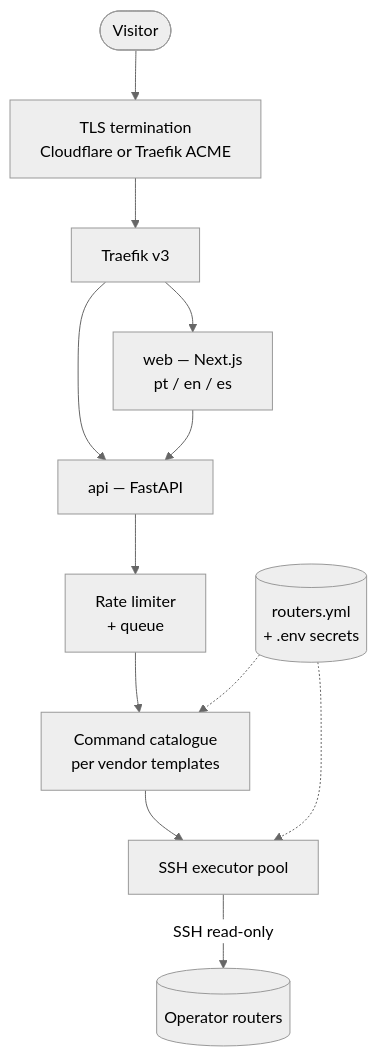
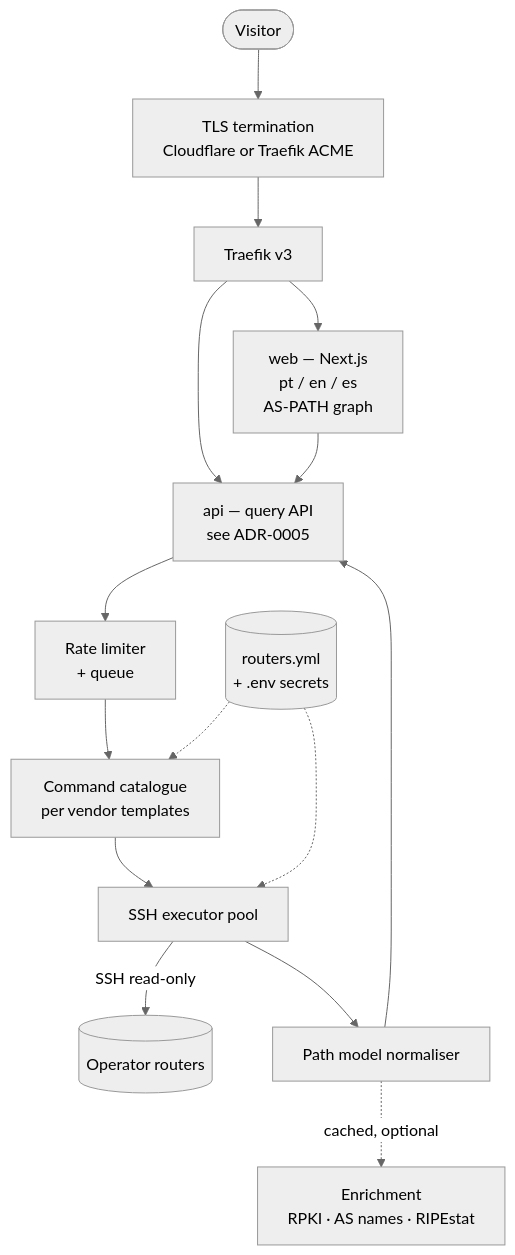
One commit to andrediashexa/NOGGlass changed the first of 2 diagrams in docs/architecture/overview.md. Above: the diagram before and after it, drawn with Mermaid (neutral theme). The commit also changed other lines of this file and 4 other files, not shown here.

First line of the commit message:
docs(adr): compare backend languages and record the BGP data model (#13)

````diff
--- a/docs/architecture/overview.md
+++ b/docs/architecture/overview.md
@@ -25,22 +28,26 @@
 ```mermaid
 flowchart TB
     visitor([Visitor])
     cf[TLS termination<br/>Cloudflare or Traefik ACME]
     traefik[Traefik v3]
-    web[web — Next.js<br/>pt / en / es]
-    api[api — FastAPI]
+    web[web — Next.js<br/>pt / en / es<br/>AS-PATH graph]
+    api[api — query API<br/>see ADR-0005]
     rl[Rate limiter<br/>+ queue]
     cat[Command catalogue<br/>per vendor templates]
     exec[SSH executor pool]
     cfg[(routers.yml<br/>+ .env secrets)]
     routers[(Operator routers)]
+    norm[Path model normaliser]
+    enr[Enrichment<br/>RPKI · AS names · RIPEstat]
 
     visitor --> cf --> traefik
     traefik --> web
     traefik --> api
     web --> api
     api --> rl --> cat --> exec
     cfg -.-> cat
     cfg -.-> exec
     exec -->|SSH read-only| routers
+    exec --> norm --> api
+    norm -.->|cached, optional| enr
 ```
````
